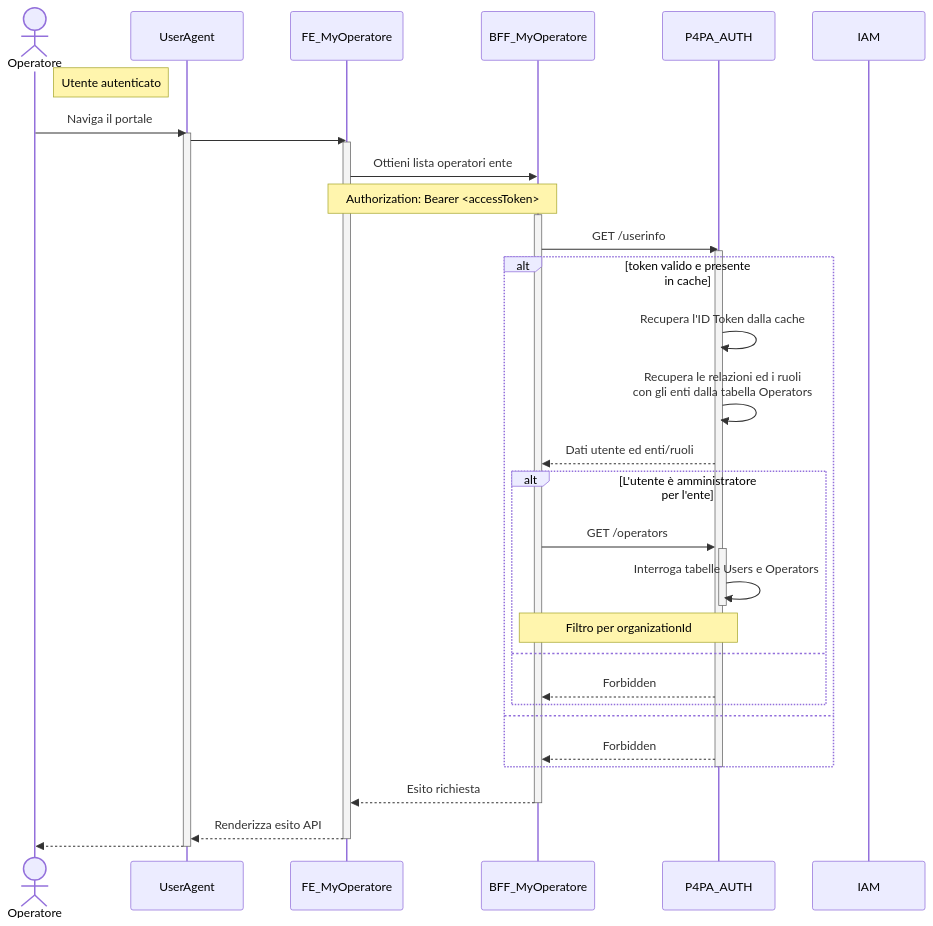
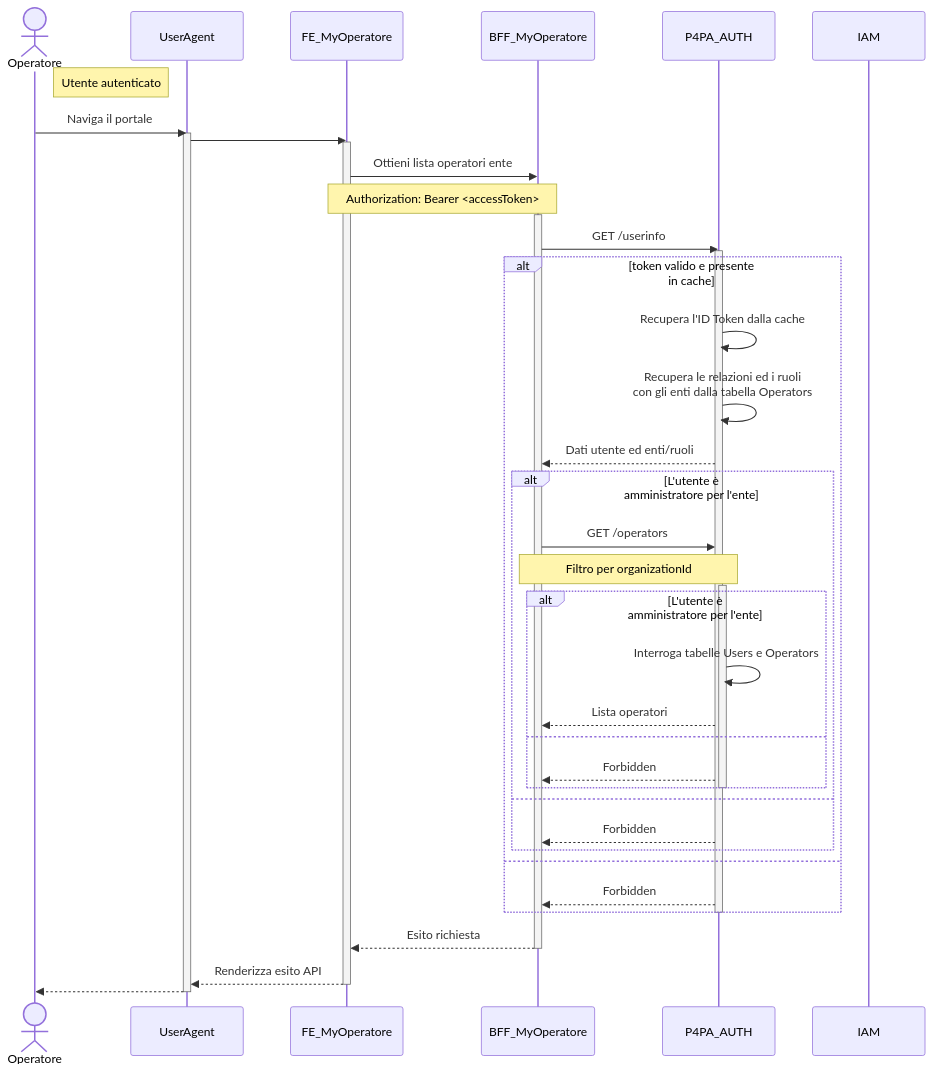
One commit to pagopa/p4pa-doc changed the diagram in design/auth/sequence_usersViewByAdmin.mmd. Above: the diagram before and after it, drawn with Mermaid.

Commit message:
users and operators moved into p4pa-auth

```diff
--- a/design/auth/sequence_usersViewByAdmin.mmd
+++ b/design/auth/sequence_usersViewByAdmin.mmd
@@ -1,47 +1,52 @@
 sequenceDiagram
     actor Operatore
     participant UserAgent
     participant FE as FE_MyOperatore
     participant BFF as BFF_MyOperatore
     participant AUTH as P4PA_AUTH
     participant IAM
 
     note right of Operatore: Utente autenticato
 
     Operatore ->> UserAgent: Naviga il portale
 
     activate UserAgent
         UserAgent ->> FE: #
         activate FE
             FE ->> BFF: Ottieni lista operatori ente
             note over FE, BFF: Authorization: Bearer <accessToken>
 
             activate BFF
                 BFF ->> AUTH: GET /userinfo
                 activate AUTH
                     alt token valido e presente in cache
                         AUTH ->> AUTH: Recupera l'ID Token dalla cache
                         AUTH ->> AUTH: Recupera le relazioni ed i ruoli<BR />con gli enti dalla tabella Operators
                         AUTH -->> BFF: Dati utente ed enti/ruoli
 
                         alt L'utente è amministratore per l'ente
                             BFF ->> AUTH: GET /operators
+                            note over BFF, AUTH: Filtro per organizationId
                             activate AUTH
-                                AUTH ->> AUTH: Interroga tabelle Users e Operators
+                                alt L'utente è amministratore per l'ente
+                                    AUTH ->> AUTH: Interroga tabelle Users e Operators
+                                    AUTH -->> BFF: Lista operatori
+                                else
+                                    AUTH -->> BFF: Forbidden
+                                end
                             deactivate AUTH
-                            note over BFF, AUTH: Filtro per organizationId
                         else
                             AUTH -->> BFF: Forbidden
                         end
                     else
                         AUTH -->> BFF: Forbidden
                     end
                 deactivate AUTH
 
                 BFF -->> FE: Esito richiesta
             deactivate BFF
 
             FE -->> UserAgent: Renderizza esito API
         deactivate FE
         UserAgent -->> Operatore: #
     deactivate UserAgent
```
